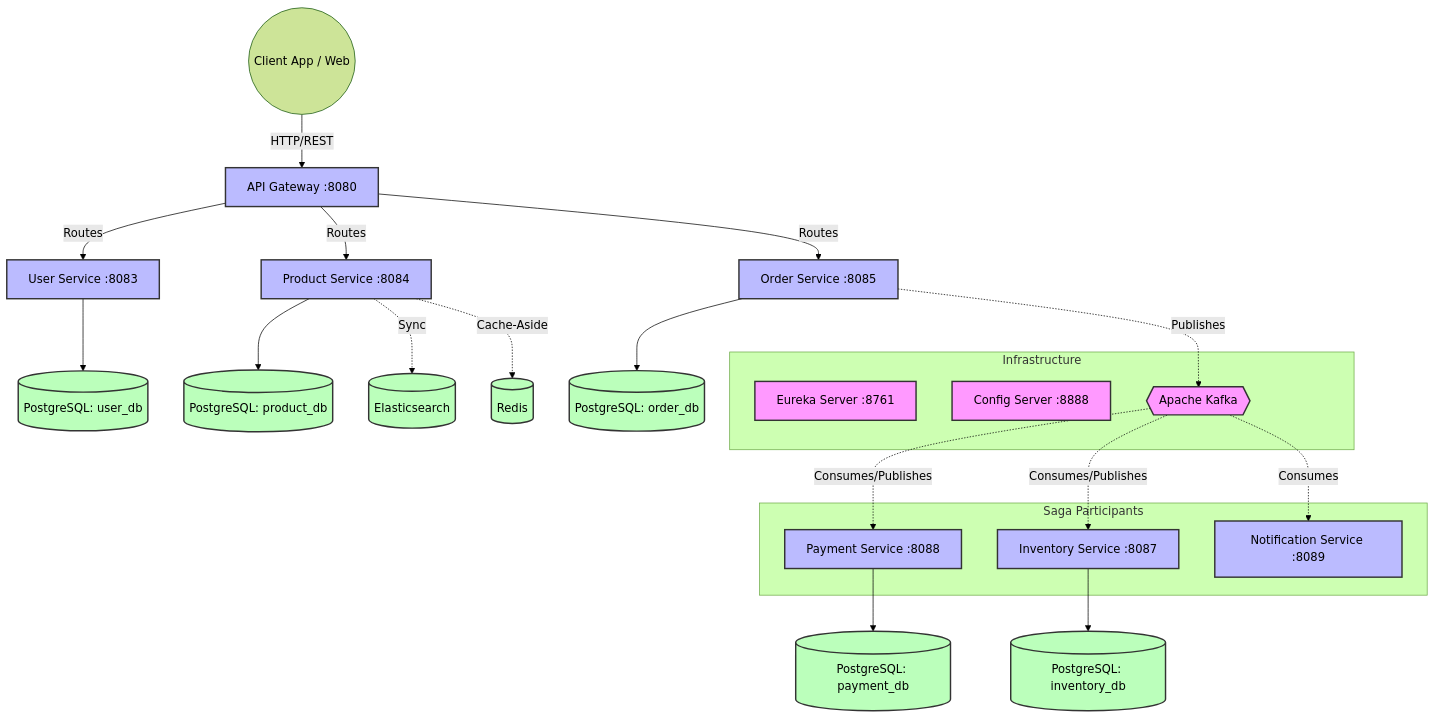
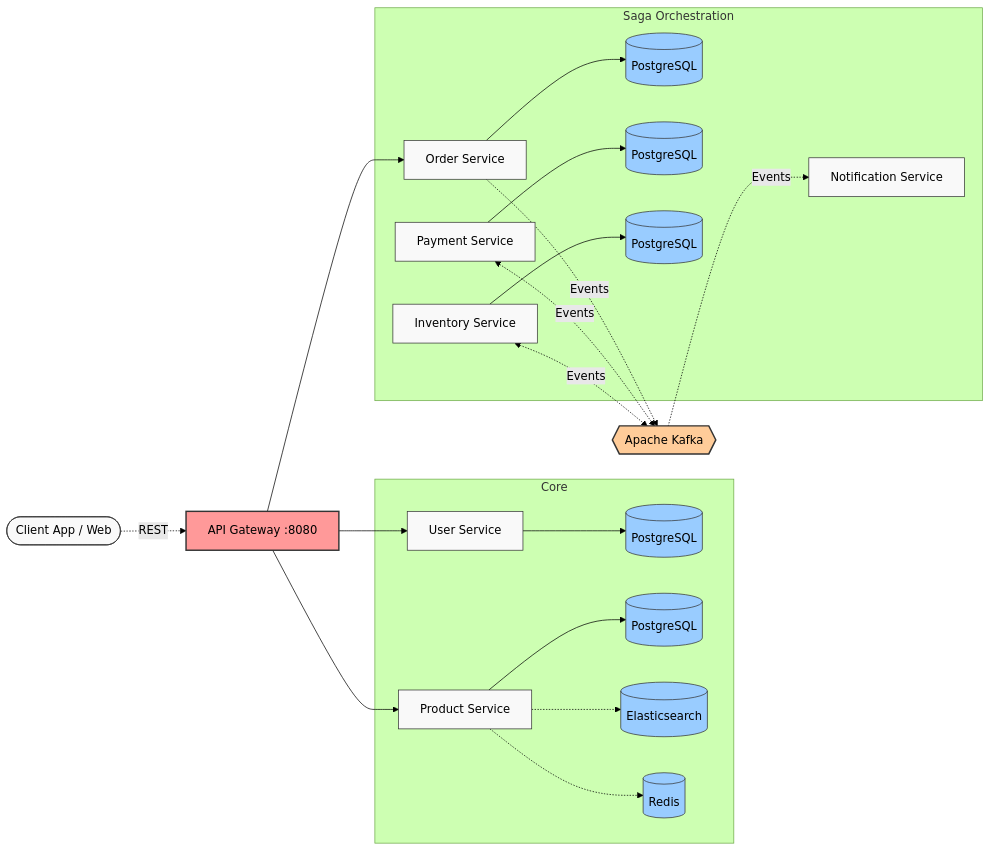
Before and after one commit to DHEERAJGUDALA/ecommerce-microservice: the first of 2 diagrams in README.md, drawn with Mermaid (forest theme). The commit also changed other lines of this file, not shown here.

Commit message:
docs: simplify and improve readability of Mermaid diagrams

````diff
--- a/README.md
+++ b/README.md
@@ -9,44 +9,38 @@
 ```mermaid
-graph TD
-    Client((Client App / Web)) -->|HTTP/REST| Gateway[API Gateway :8080]
+flowchart LR
+    Client([Client App / Web]) -.->|REST| Gateway[API Gateway :8080]
     
-    subgraph Infrastructure
-        Eureka[Eureka Server :8761]
-        Config[Config Server :8888]
-        Kafka{{Apache Kafka}}
+    subgraph Core
+        User[User Service] --> DB_User[(PostgreSQL)]
+        Product[Product Service] --> DB_Product[(PostgreSQL)]
+        Product -.-> ES[(Elasticsearch)]
+        Product -.-> Redis[(Redis)]
     end
     
-    Gateway -->|Routes| User[User Service :8083]
-    Gateway -->|Routes| Product[Product Service :8084]
-    Gateway -->|Routes| Order[Order Service :8085]
-    
-    User --> DB_User[(PostgreSQL: user_db)]
-    
-    Product --> DB_Product[(PostgreSQL: product_db)]
-    Product -.->|Sync| ES[(Elasticsearch)]
-    Product -.->|Cache-Aside| Redis[(Redis)]
-    
-    Order --> DB_Order[(PostgreSQL: order_db)]
-    Order -.->|Publishes| Kafka
-    
-    subgraph Saga Participants
-        Payment[Payment Service :8088]
-        Inventory[Inventory Service :8087]
-        Notification[Notification Service :8089]
+    subgraph Saga Orchestration
+        Order[Order Service] --> DB_Order[(PostgreSQL)]
+        Payment[Payment Service] --> DB_Payment[(PostgreSQL)]
+        Inventory[Inventory Service] --> DB_Inventory[(PostgreSQL)]
+        Notify[Notification Service]
     end
     
-    Kafka -.->|Consumes/Publishes| Payment
-    Kafka -.->|Consumes/Publishes| Inventory
-    Kafka -.->|Consumes| Notification
+    Gateway --> User
+    Gateway --> Product
+    Gateway --> Order
     
-    Payment --> DB_Payment[(PostgreSQL: payment_db)]
-    Inventory --> DB_Inventory[(PostgreSQL: inventory_db)]
+    Kafka{{Apache Kafka}}
     
-    classDef infra fill:#f9f,stroke:#333,stroke-width:2px;
-    classDef service fill:#bbf,stroke:#333,stroke-width:2px;
-    classDef db fill:#bfb,stroke:#333,stroke-width:2px;
+    Order -.->|Events| Kafka
+    Payment <.->|Events| Kafka
+    Inventory <.->|Events| Kafka
+    Kafka -.->|Events| Notify
     
-    class Eureka,Config,Kafka infra;
-    class Gateway,User,Product,Order,Payment,Inventory,Notification service;
-    class DB_User,DB_Product,ES,Redis,DB_Order,DB_Payment,DB_Inventory db;
+    classDef default fill:#f9f9f9,stroke:#333,stroke-width:1px;
+    classDef gateway fill:#ff9999,stroke:#333,stroke-width:2px;
+    classDef db fill:#99ccff,stroke:#333,stroke-width:1px;
+    classDef kafka fill:#ffcc99,stroke:#333,stroke-width:2px;
+    
+    class Gateway gateway;
+    class Kafka kafka;
+    class DB_User,DB_Product,DB_Order,DB_Payment,DB_Inventory,ES,Redis db;
 ```
````
